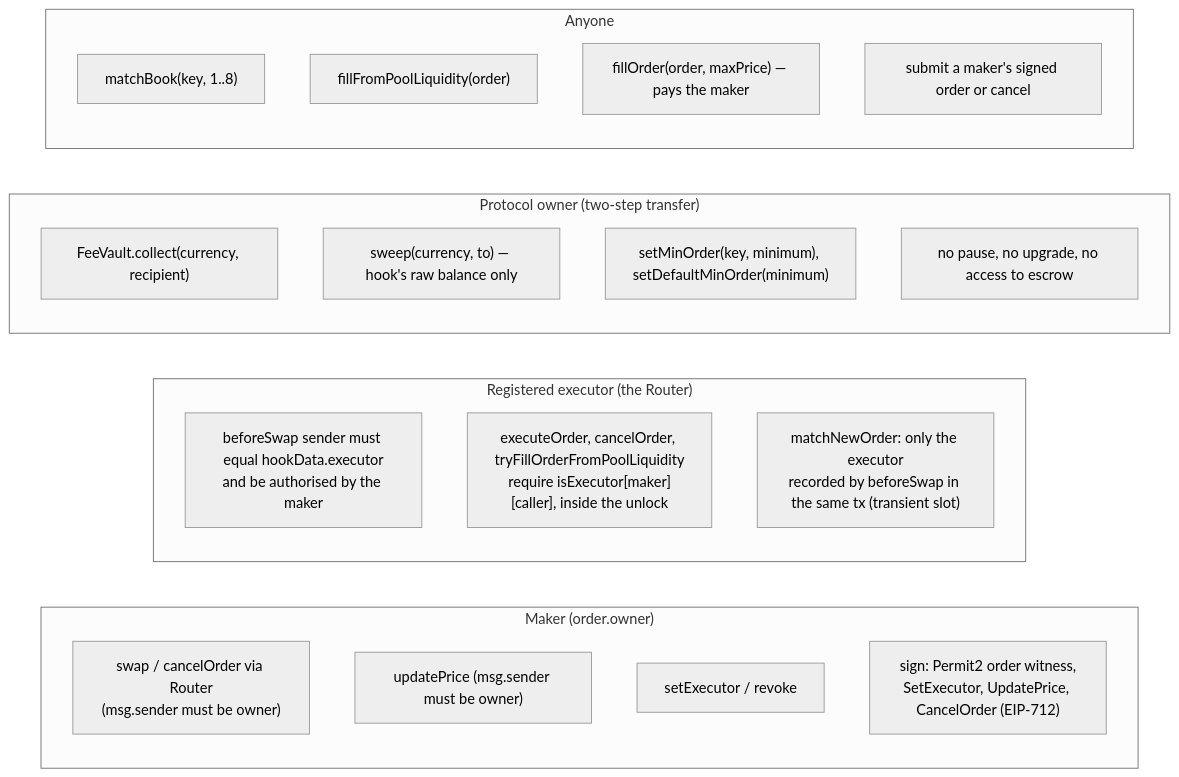
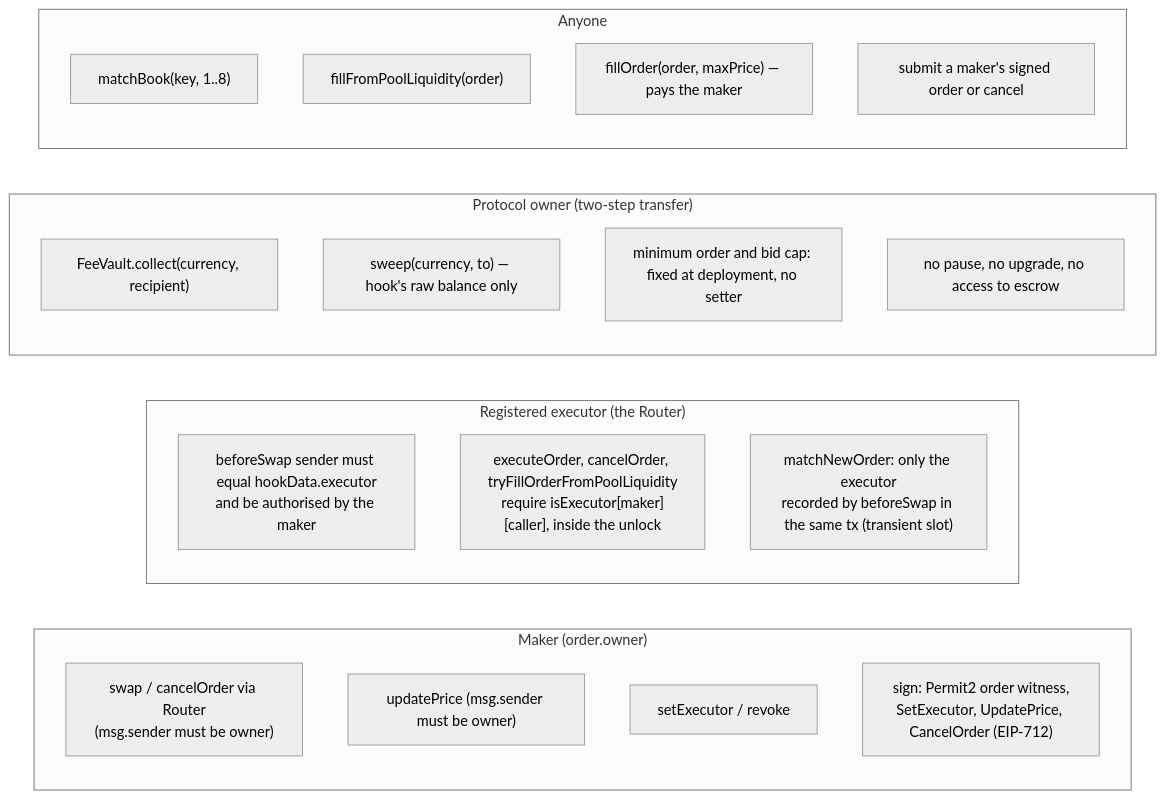
One commit to asyncswap/contracts changed the fourth of 5 diagrams in docs/protocol.md. Above: the diagram before and after it, drawn with Mermaid (neutral theme). The commit also changed other lines of this file and 30 other files, not shown here.

First line of the commit message:
Fix minimum order and priority-bid cap at deployment

````diff
--- a/docs/protocol.md
+++ b/docs/protocol.md
@@ -223,26 +223,26 @@
 ```mermaid
 flowchart LR
     subgraph MakerRights["Maker (order.owner)"]
         m1["swap / cancelOrder via Router<br/>(msg.sender must be owner)"]
         m2["updatePrice (msg.sender must be owner)"]
         m3["setExecutor / revoke"]
         m4["sign: Permit2 order witness,<br/>SetExecutor, UpdatePrice, CancelOrder (EIP-712)"]
     end
     subgraph ExecutorRights["Registered executor (the Router)"]
         e1["beforeSwap sender must equal hookData.executor<br/>and be authorised by the maker"]
         e2["executeOrder, cancelOrder, tryFillOrderFromPoolLiquidity<br/>require isExecutor[maker][caller], inside the unlock"]
         e3["matchNewOrder: only the executor<br/>recorded by beforeSwap in the same tx (transient slot)"]
     end
     subgraph OwnerRights["Protocol owner (two-step transfer)"]
         o1["FeeVault.collect(currency, recipient)"]
         o2["sweep(currency, to) — hook's raw balance only"]
-        o3["setMinOrder(key, minimum), setDefaultMinOrder(minimum)"]
+        o3["minimum order and bid cap: fixed at deployment, no setter"]
         o4["no pause, no upgrade, no access to escrow"]
     end
     subgraph Public["Anyone"]
         p1["matchBook(key, 1..8)"]
         p2["fillFromPoolLiquidity(order)"]
         p3["fillOrder(order, maxPrice) — pays the maker"]
         p4["submit a maker's signed order or cancel"]
     end
 ```
````
